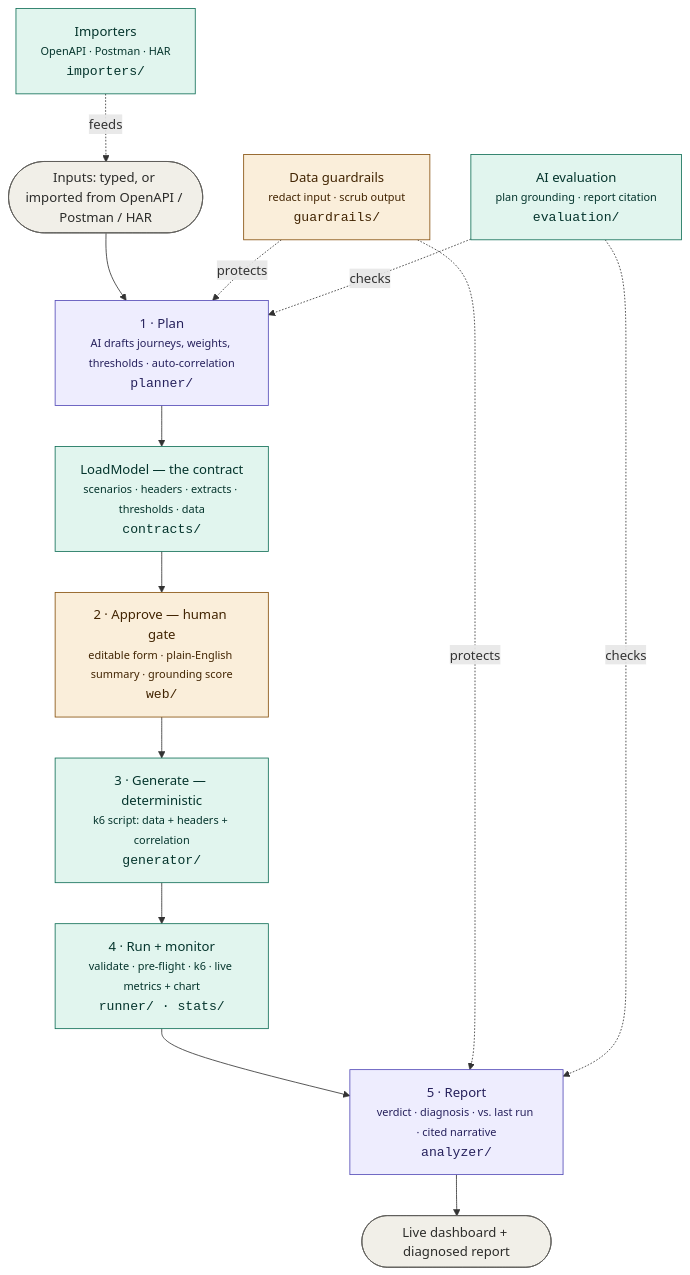
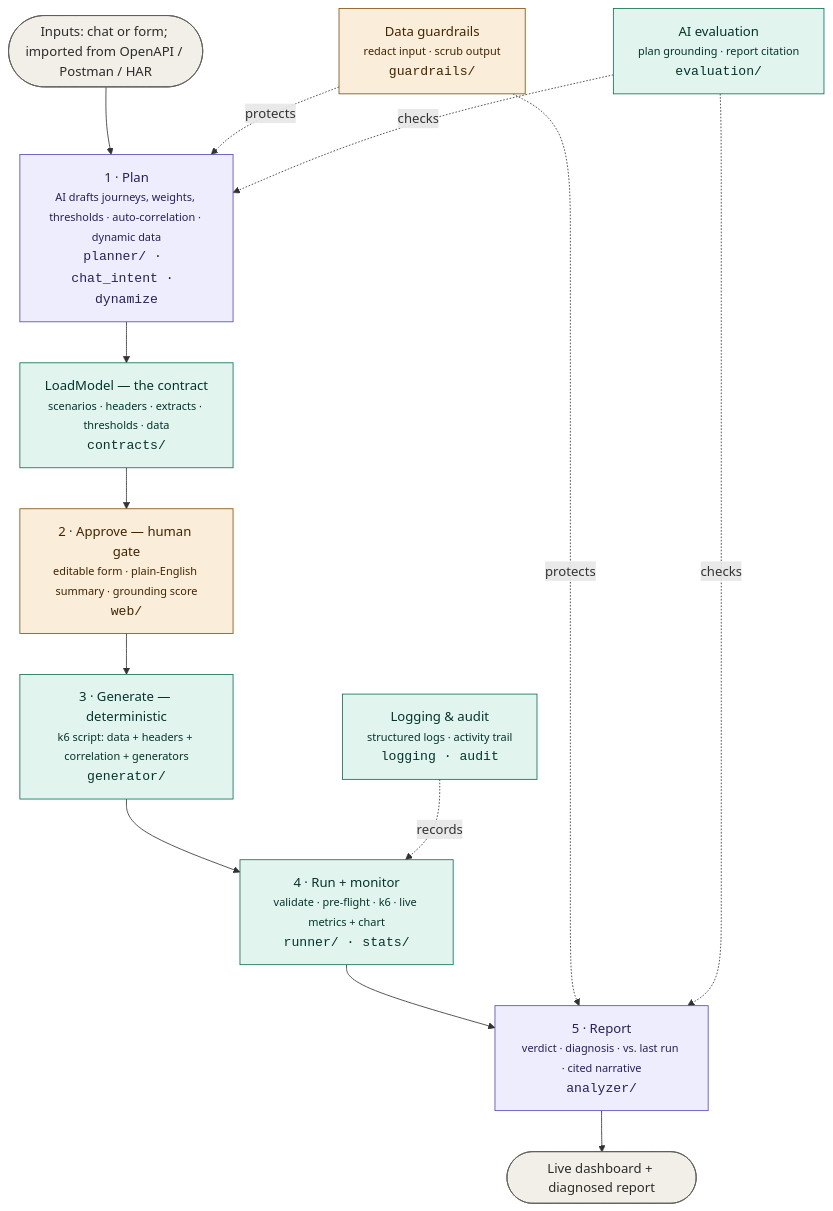
Before and after one commit to karthikrasamsetti/perfagent: the diagram in README.md, drawn with Mermaid. The commit also changed other lines of this file and 14 other files, not shown here.

Commit message:
Dynamic data (generators + realistic + CSV + AI dynamize); correlation header/cookie; chat-to-plan; body-restore fix; logging/audit; guardrail debug; updated README

````diff
--- a/README.md
+++ b/README.md
@@ -277,31 +317,31 @@
 ```mermaid
 flowchart TD
-    IN([Inputs: typed, or imported from OpenAPI / Postman / HAR])
-    PLAN["1 · Plan<br/><small>AI drafts journeys, weights, thresholds · auto-correlation</small><br/><code>planner/</code>"]
+    IN([Inputs: chat or form; imported from OpenAPI / Postman / HAR])
+    PLAN["1 · Plan<br/><small>AI drafts journeys, weights, thresholds · auto-correlation · dynamic data</small><br/><code>planner/ · chat_intent · dynamize</code>"]
     LM["LoadModel — the contract<br/><small>scenarios · headers · extracts · thresholds · data</small><br/><code>contracts/</code>"]
     APPROVE["2 · Approve — human gate<br/><small>editable form · plain-English summary · grounding score</small><br/><code>web/</code>"]
-    GEN["3 · Generate — deterministic<br/><small>k6 script: data + headers + correlation</small><br/><code>generator/</code>"]
+    GEN["3 · Generate — deterministic<br/><small>k6 script: data + headers + correlation + generators</small><br/><code>generator/</code>"]
     RUN["4 · Run + monitor<br/><small>validate · pre-flight · k6 · live metrics + chart</small><br/><code>runner/ · stats/</code>"]
     REPORT["5 · Report<br/><small>verdict · diagnosis · vs. last run · cited narrative</small><br/><code>analyzer/</code>"]
     OUT([Live dashboard + diagnosed report])
 
     IN --> PLAN --> LM --> APPROVE --> GEN --> RUN --> REPORT --> OUT
 
     GUARD["Data guardrails<br/><small>redact input · scrub output</small><br/><code>guardrails/</code>"]
     EVAL["AI evaluation<br/><small>plan grounding · report citation</small><br/><code>evaluation/</code>"]
-    IMP["Importers<br/><small>OpenAPI · Postman · HAR</small><br/><code>importers/</code>"]
+    AUDIT["Logging & audit<br/><small>structured logs · activity trail</small><br/><code>logging · audit</code>"]
     GUARD -. protects .-> PLAN
     GUARD -. protects .-> REPORT
     EVAL -. checks .-> PLAN
     EVAL -. checks .-> REPORT
-    IMP -. feeds .-> IN
+    AUDIT -. records .-> RUN
 
     classDef ai fill:#EEEDFE,stroke:#534AB7,color:#26215C;
     classDef code fill:#E1F5EE,stroke:#0F6E56,color:#04342C;
     classDef gate fill:#FAEEDA,stroke:#854F0B,color:#412402;
     classDef io fill:#F1EFE8,stroke:#5F5E5A,color:#2C2C2A;
     class PLAN,REPORT ai;
-    class LM,GEN,RUN,EVAL,IMP code;
+    class LM,GEN,RUN,EVAL,AUDIT code;
     class APPROVE,GUARD gate;
     class IN,OUT io;
 ```
````
